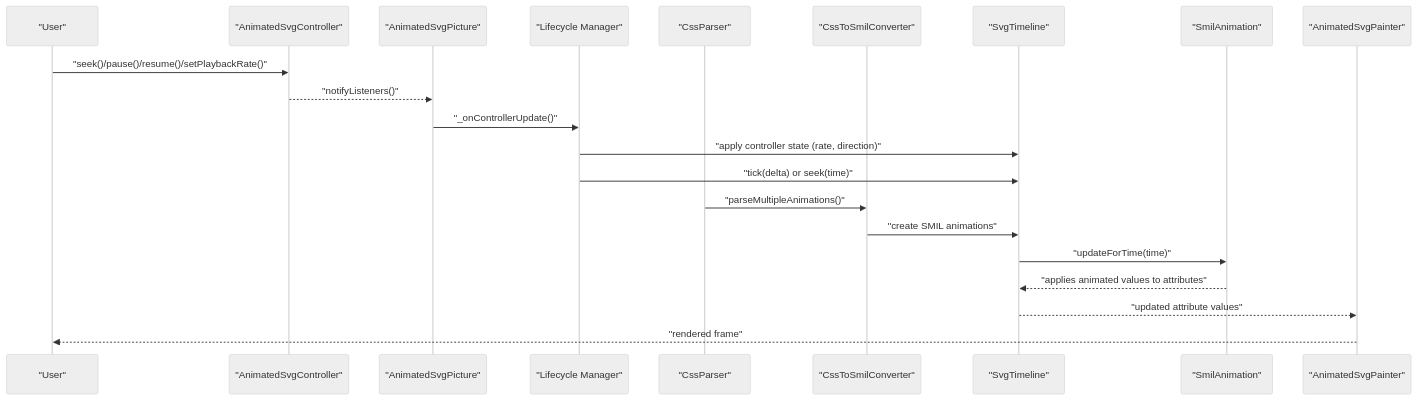
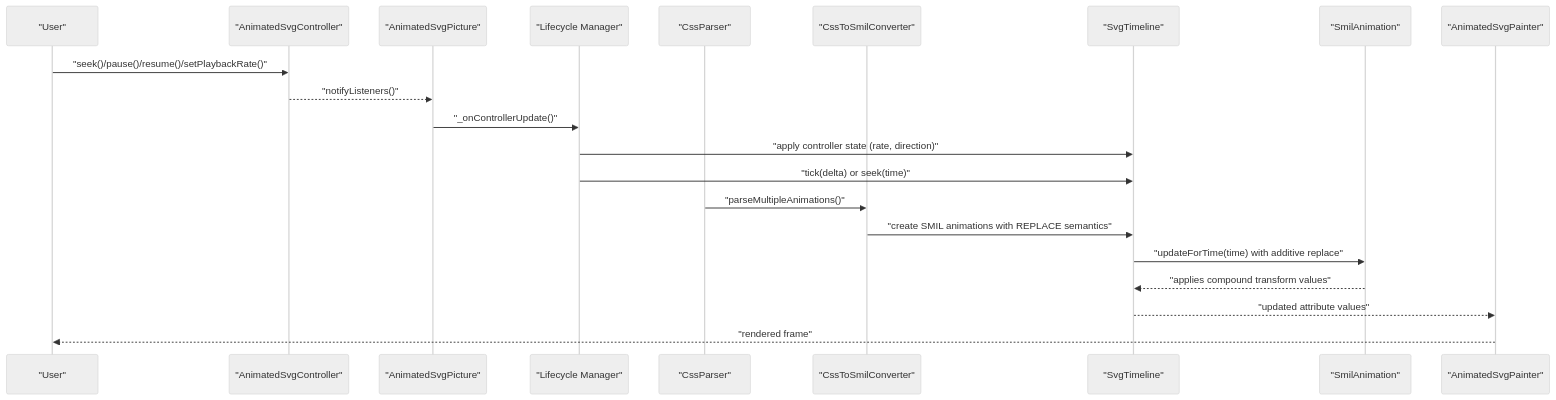
Before and after one commit to denisnadey/flutter_full_svg_support: the second of 3 diagrams in .qoder/repowiki/en/content/Animated SVG Support/Animation Control and Playback.md, drawn with Mermaid (neutral theme). The commit also changed other lines of this file and 40 other files, not shown here.

First line of the commit message:
feat(animation): enhance transform processing and event-driven animation system

````diff
--- a/.qoder/repowiki/en/content/Animated SVG Support/Animation Control and Playback.md
+++ b/.qoder/repowiki/en/content/Animated SVG Support/Animation Control and Playback.md
@@ -145,23 +156,23 @@
 ```mermaid
 sequenceDiagram
 participant User as "User"
 participant Controller as "AnimatedSvgController"
 participant Picture as "AnimatedSvgPicture"
 participant Lifecycle as "Lifecycle Manager"
 participant CssParser as "CssParser"
 participant Converter as "CssToSmilConverter"
 participant Timeline as "SvgTimeline"
 participant Animation as "SmilAnimation"
 participant Painter as "AnimatedSvgPainter"
 User->>Controller : "seek()/pause()/resume()/setPlaybackRate()"
 Controller-->>Picture : "notifyListeners()"
 Picture->>Lifecycle : "_onControllerUpdate()"
 Lifecycle->>Timeline : "apply controller state (rate, direction)"
 Lifecycle->>Timeline : "tick(delta) or seek(time)"
 CssParser->>Converter : "parseMultipleAnimations()"
-Converter->>Timeline : "create SMIL animations"
-Timeline->>Animation : "updateForTime(time)"
-Animation-->>Timeline : "applies animated values to attributes"
+Converter->>Timeline : "create SMIL animations with REPLACE semantics"
+Timeline->>Animation : "updateForTime(time) with additive replace"
+Animation-->>Timeline : "applies compound transform values"
 Timeline-->>Painter : "updated attribute values"
 Painter-->>User : "rendered frame"
 ```
````
